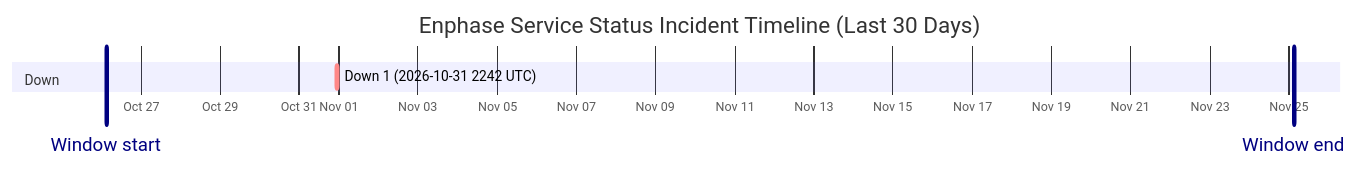
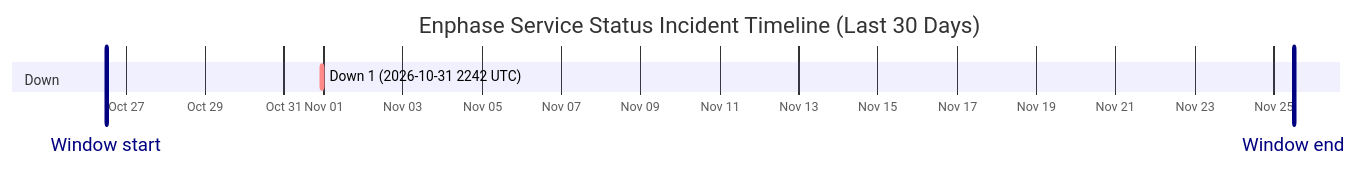
Before and after one commit to barneyonline/ha-enphase-energy: the diagram in wiki/Service-Status-History.md, drawn with Mermaid. The commit also changed other lines of this file and 3 other files, not shown here.

````diff
--- a/wiki/Service-Status-History.md
+++ b/wiki/Service-Status-History.md
@@ -14,10 +14,10 @@
 ```mermaid
 gantt
     title Enphase Service Status Incident Timeline (Last 30 Days)
     dateFormat  YYYY-MM-DDTHH:mm:ss
     axisFormat  %b %d
-    Window start :vert, window-start, 2026-10-26T02:55:52, 0ms
-    Window end :vert, window-end, 2026-11-25T02:55:52, 0ms
+    Window start :vert, window-start, 2026-10-26T12:12:09, 0ms
+    Window end :vert, window-end, 2026-11-25T12:12:09, 0ms
     section Down
     Down 1 (2026-10-31 2242 UTC) :crit, down-1, 2026-10-31T22:42:18, 60m
 ```
````
